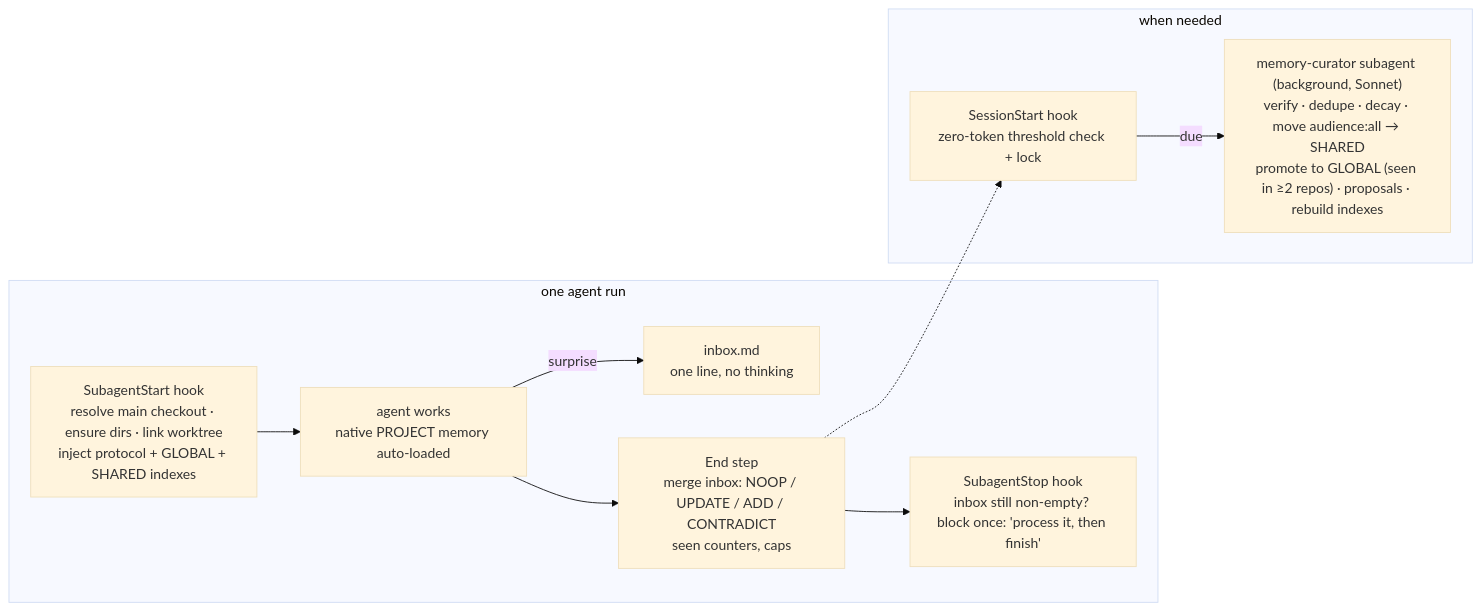
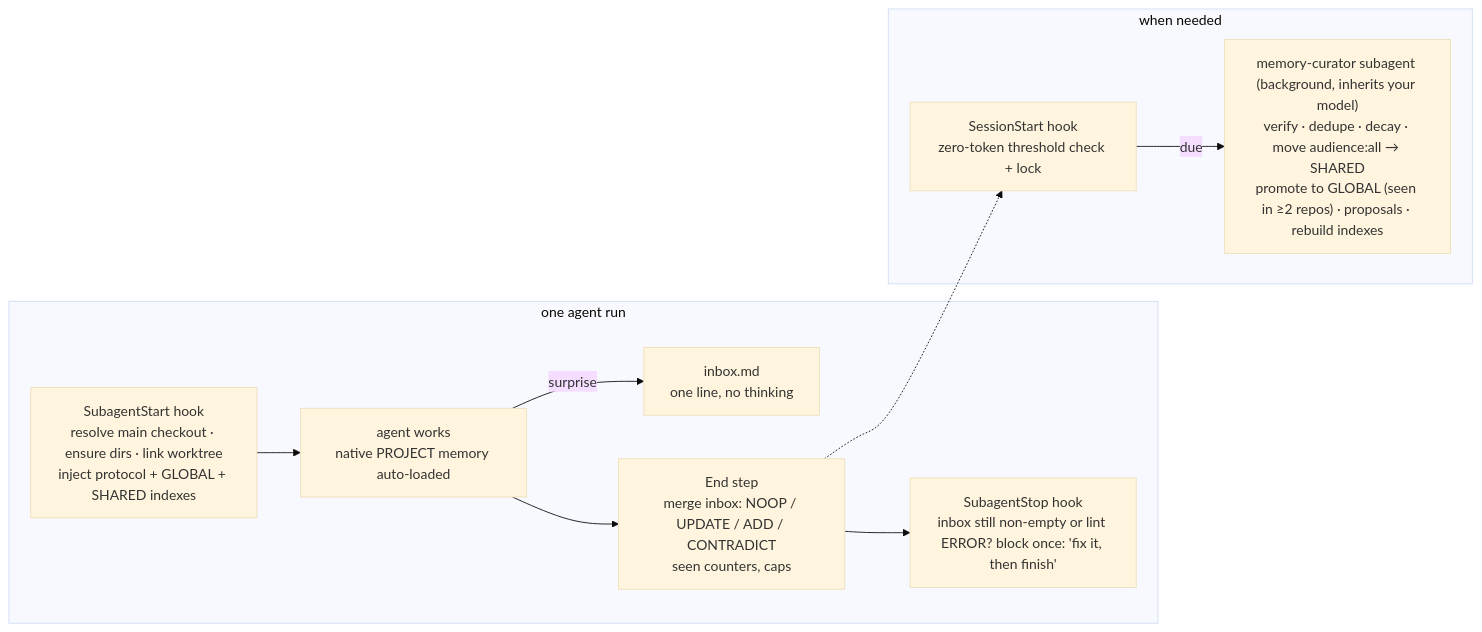
One commit to unisol1020/ai-tools changed the diagram in memory/README.md. Above: the diagram before and after it, drawn with Mermaid (base theme). The commit also changed other lines of this file and 3 other files, not shown here.

First line of the commit message:
feat(memory): lint-gated SubagentStop, archive instead of delete

````diff
--- a/memory/README.md
+++ b/memory/README.md
@@ -50,13 +50,13 @@
 ```mermaid
 flowchart LR
   subgraph run["one agent run"]
     S["SubagentStart hook<br/>resolve main checkout · ensure dirs · link worktree<br/>inject protocol + GLOBAL + SHARED indexes"] --> A["agent works<br/>native PROJECT memory auto-loaded"]
     A -->|surprise| I["inbox.md<br/>one line, no thinking"]
     A --> E["End step<br/>merge inbox: NOOP / UPDATE / ADD / CONTRADICT<br/>seen counters, caps"]
-    E --> P["SubagentStop hook<br/>inbox still non-empty? block once: 'process it, then finish'"]
+    E --> P["SubagentStop hook<br/>inbox still non-empty or lint ERROR? block once: 'fix it, then finish'"]
   end
   subgraph evolve["when needed"]
-    SS["SessionStart hook<br/>zero-token threshold check + lock"] -->|due| C["memory-curator subagent (background, Sonnet)<br/>verify · dedupe · decay · move audience:all → SHARED<br/>promote to GLOBAL (seen in ≥2 repos) · proposals · rebuild indexes"]
+    SS["SessionStart hook<br/>zero-token threshold check + lock"] -->|due| C["memory-curator subagent (background, inherits your model)<br/>verify · dedupe · decay · move audience:all → SHARED<br/>promote to GLOBAL (seen in ≥2 repos) · proposals · rebuild indexes"]
   end
   E -.-> SS
 ```
````
